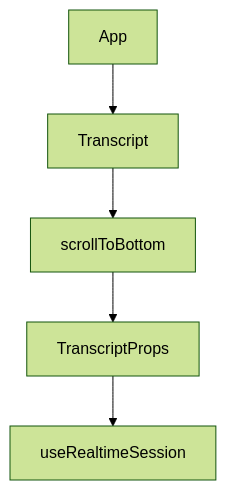
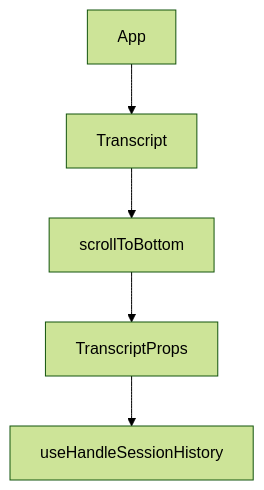
The diagram in tutorials/openai-realtime-agents-tutorial/03-voice-input-processing.md (johnxie/awesome-code-docs), drawn with Mermaid (forest theme) before and after one commit. The commit also changed other lines of this file and 1232 other files, not shown here.

````diff
--- a/tutorials/openai-realtime-agents-tutorial/03-voice-input-processing.md
+++ b/tutorials/openai-realtime-agents-tutorial/03-voice-input-processing.md
@@ -257,12 +255,12 @@
 ```mermaid
 flowchart TD
     A[App]
     B[Transcript]
     C[scrollToBottom]
     D[TranscriptProps]
-    E[useRealtimeSession]
+    E[useHandleSessionHistory]
     A --> B
     B --> C
     C --> D
     D --> E
 ```
````
